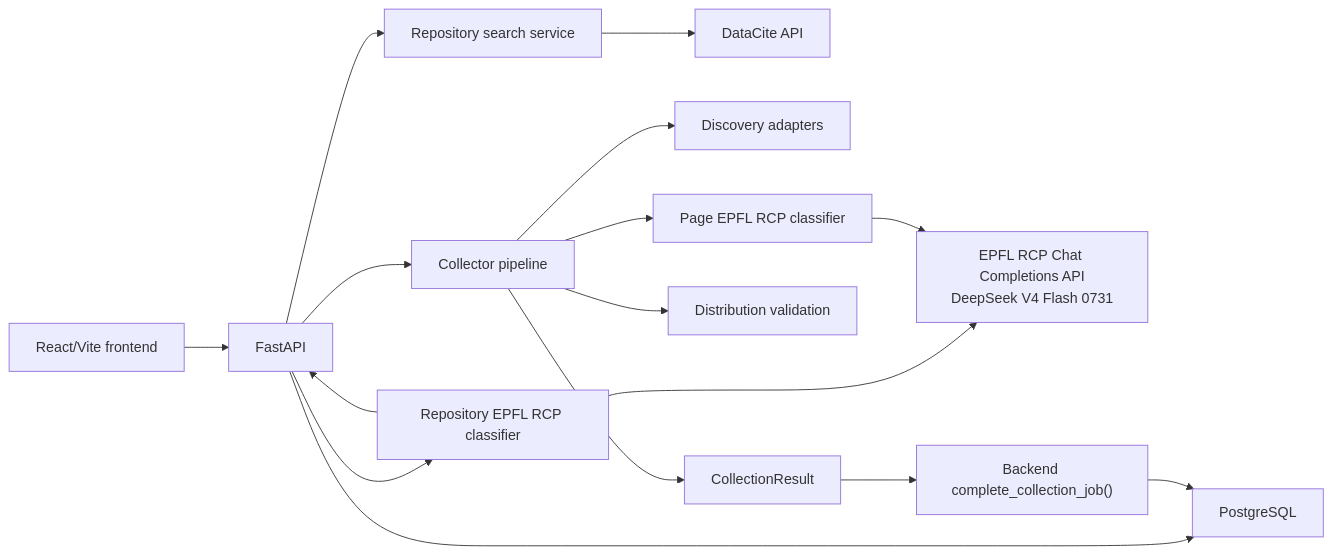
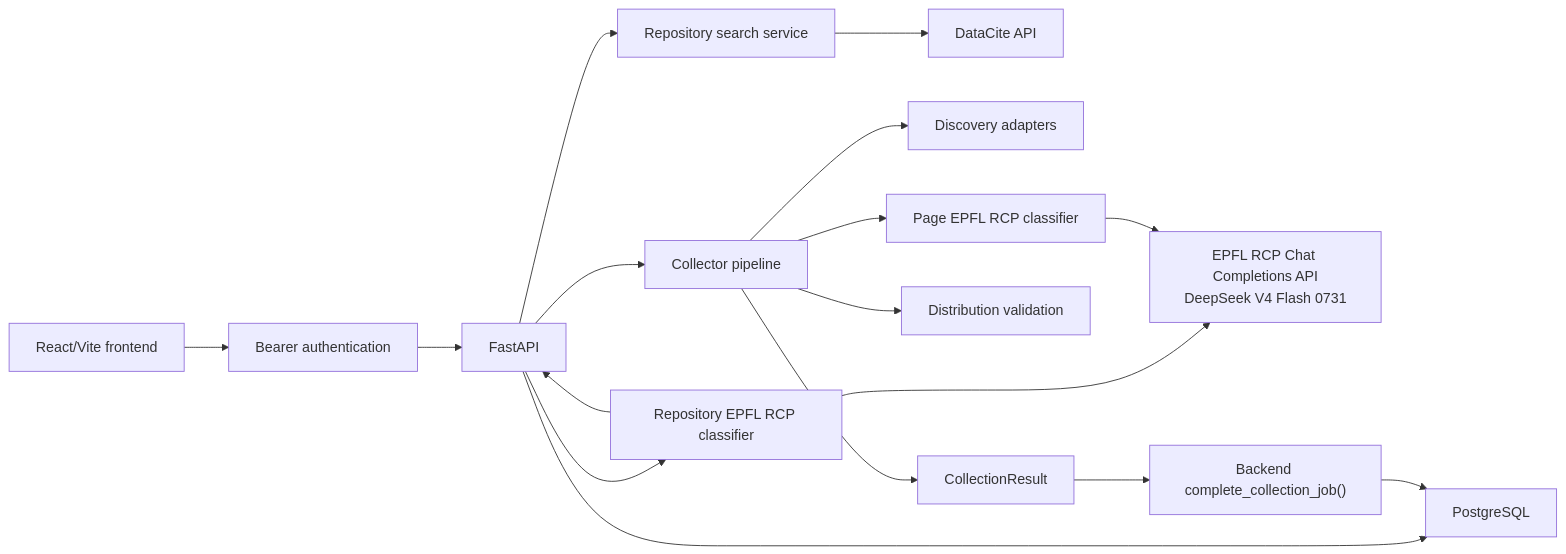
The first of 4 diagrams in docs/technical-design-document.md (nicolasberlin/global-health-dataset-catalog), drawn with Mermaid before and after one commit. The commit also changed other lines of this file and 37 other files, not shown here.

````diff
--- a/docs/technical-design-document.md
+++ b/docs/technical-design-document.md
@@ -34,18 +34,19 @@
 ```mermaid
 flowchart LR
-    Browser["React/Vite frontend"] --> API["FastAPI"]
+    Browser["React/Vite frontend"] --> Auth["Bearer authentication"]
+    Auth --> API["FastAPI"]
     API --> Search["Repository search service"]
     Search --> DataCite["DataCite API"]
     API --> RepoLLM["Repository EPFL RCP classifier"]
     RepoLLM --> API
     API --> Collector["Collector pipeline"]
     Collector --> Discovery["Discovery adapters"]
     Collector --> PageLLM["Page EPFL RCP classifier"]
     Collector --> Validation["Distribution validation"]
     RepoLLM --> RCP["EPFL RCP Chat Completions API<br/>DeepSeek V4 Flash 0731"]
     PageLLM --> RCP
     Collector --> Result["CollectionResult"]
     Result --> Completion["Backend complete_collection_job()"]
     API --> DB["PostgreSQL"]
     Completion --> DB
 ```
````
